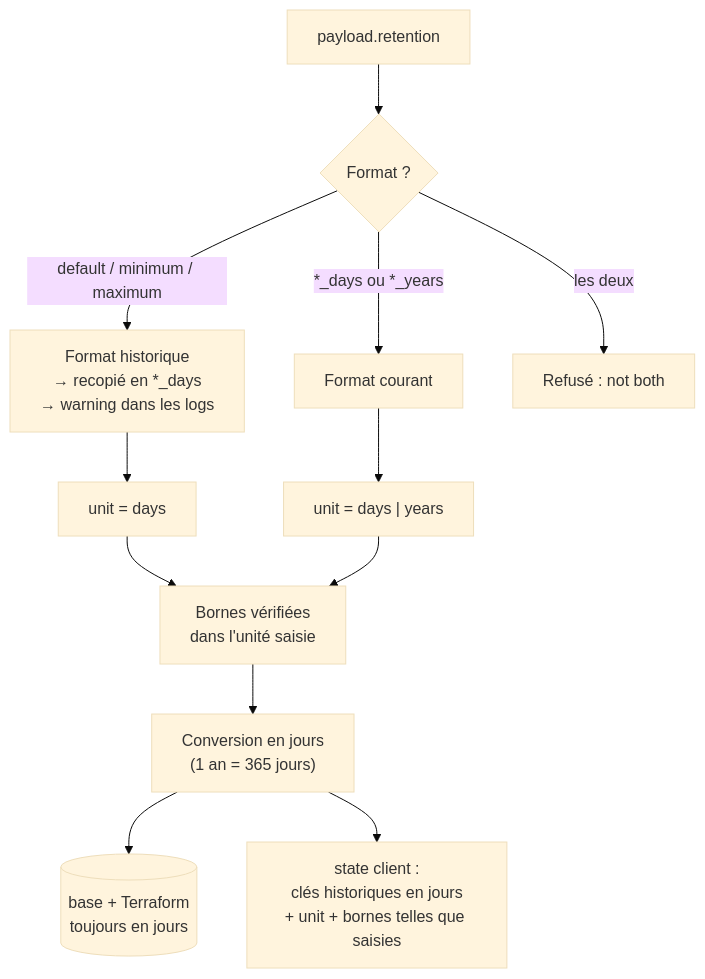
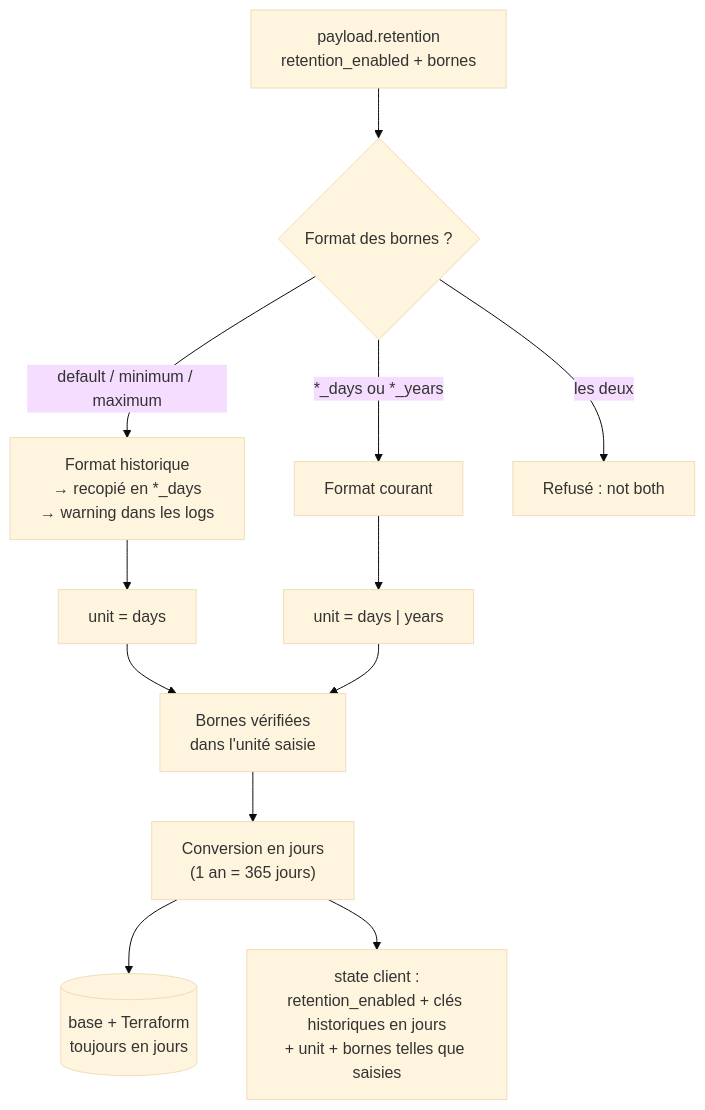
The fourth of 4 diagrams in cos/README.md (karimessouabni/cos), drawn with Mermaid (base theme) before and after one commit. The commit also changed other lines of this file, not shown here.

First line of the commit message:
README: show the role of retention_enabled in the retention section

````diff
--- a/cos/README.md
+++ b/cos/README.md
@@ -167,14 +172,14 @@
 ```mermaid
 flowchart TD
-    P["payload.retention"] --> Q{Format ?}
+    P["payload.retention<br/>retention_enabled + bornes"] --> Q{Format des bornes ?}
     Q -->|"default / minimum / maximum"| L["Format historique<br/>→ recopié en *_days<br/>→ warning dans les logs"]
     Q -->|"*_days ou *_years"| N["Format courant"]
     Q -->|"les deux"| R["Refusé : not both"]
     L --> U["unit = days"]
     N --> U2["unit = days | years"]
     U --> C["Bornes vérifiées<br/>dans l'unité saisie"]
     U2 --> C
     C --> J["Conversion en jours<br/>(1 an = 365 jours)"]
     J --> DB[("base + Terraform<br/>toujours en jours")]
-    J --> ST["state client :<br/>clés historiques en jours<br/>+ unit + bornes telles que saisies"]
+    J --> ST["state client :<br/>retention_enabled + clés historiques en jours<br/>+ unit + bornes telles que saisies"]
 ```
````
